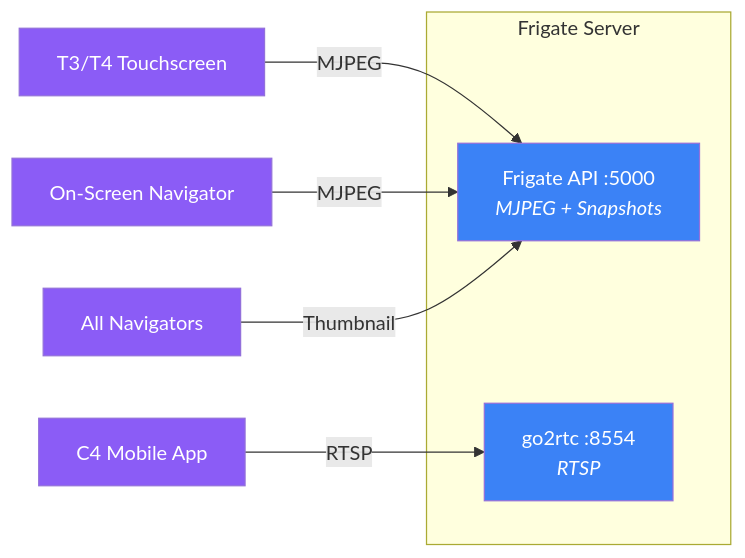
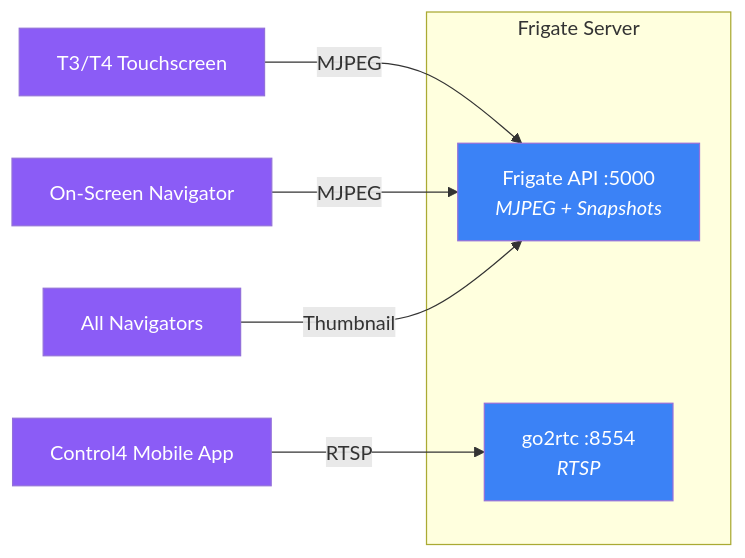
The third of 3 diagrams in README.md (mattstein111/control4-frigate), drawn with Mermaid before and after one commit. The commit also changed other lines of this file and 14 other files, not shown here.

````diff
--- a/README.md
+++ b/README.md
@@ -343,19 +357,19 @@
 ```mermaid
 graph LR
     subgraph Frigate Server
         API[Frigate API :5000<br/><i>MJPEG + Snapshots</i>]
         RS[go2rtc :8554<br/><i>RTSP</i>]
     end
 
     T3[T3/T4 Touchscreen] -->|MJPEG| API
-    APP[C4 Mobile App] -->|RTSP| RS
+    APP[Control4 Mobile App] -->|RTSP| RS
     TV[On-Screen Navigator] -->|MJPEG| API
     ANY[All Navigators] -->|Thumbnail| API
 
     style RS fill:#3b82f6,color:#fff
     style API fill:#3b82f6,color:#fff
     style T3 fill:#8b5cf6,color:#fff
     style APP fill:#8b5cf6,color:#fff
     style TV fill:#8b5cf6,color:#fff
     style ANY fill:#8b5cf6,color:#fff
 ```
````
